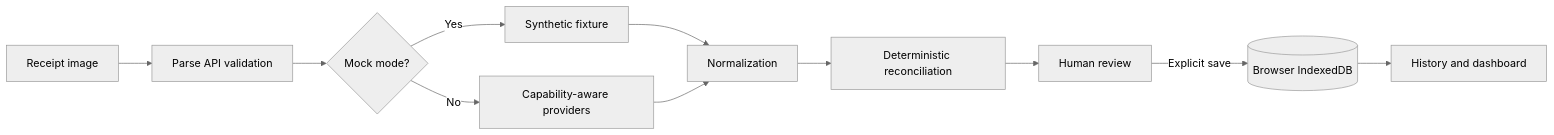
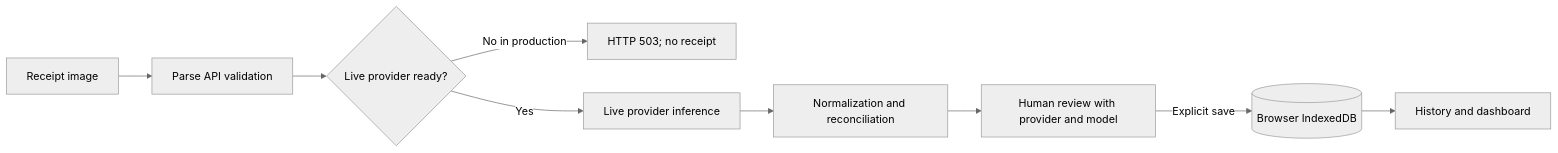
One commit to Praciller/receipt-ai-expense-tracker changed the diagram in README.md. Above: the diagram before and after it, drawn with Mermaid (neutral theme). The commit also changed other lines of this file and 17 other files, not shown here.

First line of the commit message:
feat: require live AI inference for production receipt uploads (#12)

````diff
--- a/README.md
+++ b/README.md
@@ -40,13 +40,11 @@
 ```mermaid
 flowchart LR
   A[Receipt image] --> B[Parse API validation]
-  B --> C{Mock mode?}
-  C -->|Yes| D[Synthetic fixture]
-  C -->|No| E[Capability-aware providers]
-  D --> F[Normalization]
-  E --> F
-  F --> G[Deterministic reconciliation]
-  G --> H[Human review]
-  H -->|Explicit save| I[(Browser IndexedDB)]
-  I --> J[History and dashboard]
+  B --> C{Live provider ready?}
+  C -->|No in production| D[HTTP 503; no receipt]
+  C -->|Yes| E[Live provider inference]
+  E --> F[Normalization and reconciliation]
+  F --> G[Human review with provider and model]
+  G -->|Explicit save| H[(Browser IndexedDB)]
+  H --> I[History and dashboard]
 ```
````
